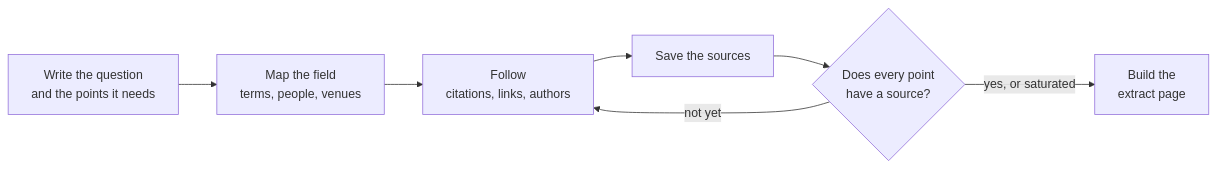
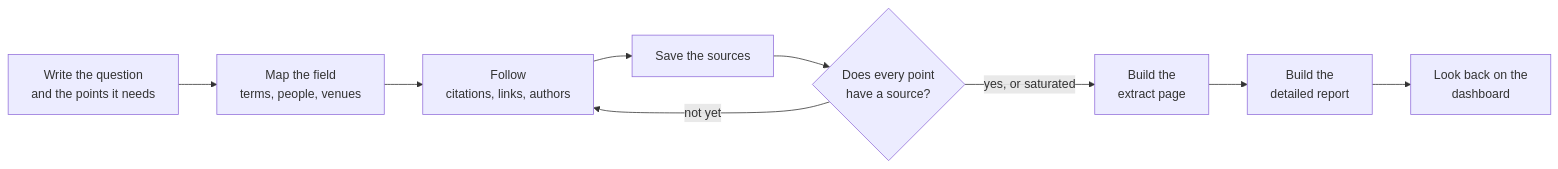
One commit to MaryCache/imozuru changed the diagram in README.en.md. Above: the diagram before and after it, drawn with Mermaid. The commit also changed other lines of this file and 28 other files, not shown here.

````diff
--- a/README.en.md
+++ b/README.en.md
@@ -29,9 +35,11 @@
 ```mermaid
 flowchart LR
     A[Write the question<br>and the points it needs] --> B[Map the field<br>terms, people, venues]
     B --> C[Follow<br>citations, links, authors]
     C --> D[Save the sources]
     D --> E{Does every point<br>have a source?}
     E -- not yet --> C
     E -- yes, or saturated --> F[Build the<br>extract page]
+    F --> G[Build the<br>detailed report]
+    G --> H[Look back on the<br>dashboard]
 ```
````
